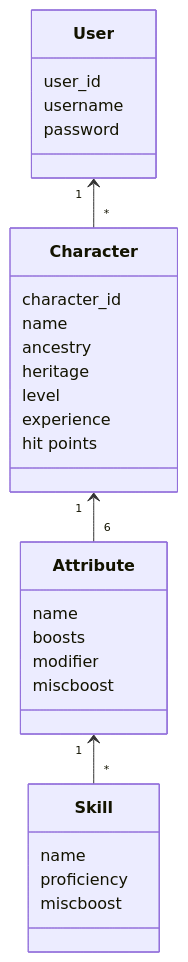
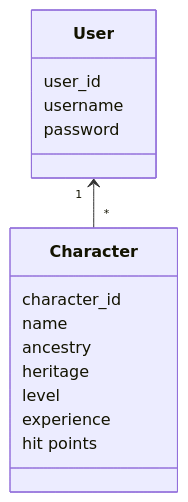
The second of 3 diagrams in dokumentaatio/arkkitehtuuri.md (Regularmute/ot-harjoitustyo), drawn with Mermaid before and after one commit. The commit also changed other lines of this file and 1 other file, not shown here.

Commit message:
docs: update architecture-doc and hours

````diff
--- a/dokumentaatio/arkkitehtuuri.md
+++ b/dokumentaatio/arkkitehtuuri.md
@@ -16,31 +18,18 @@
 ```mermaid
   classDiagram
     User "1" <-- "*" Character
-    Character "1" <-- "6" Attribute
-    Attribute "1" <-- "*" Skill
     class User{
       user_id
       username
       password
     }
     class Character{
       character_id
       name
       ancestry
       heritage
       level
       experience
       hit points
     }
-    class Attribute{
-      name
-      boosts
-      modifier
-      miscboost
-    }
-    class Skill{
-      name
-      proficiency
-      miscboost
-    }
 ```
````
